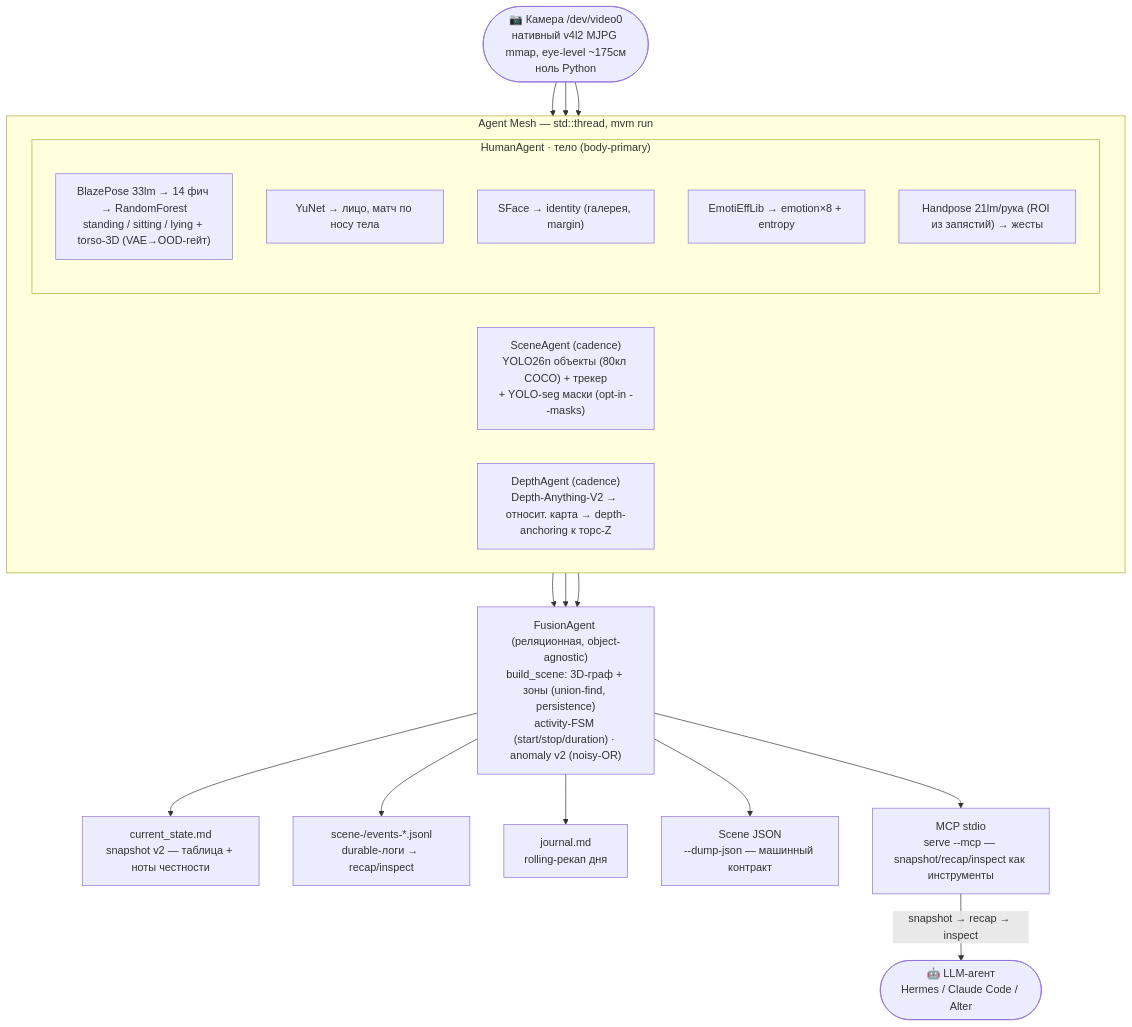
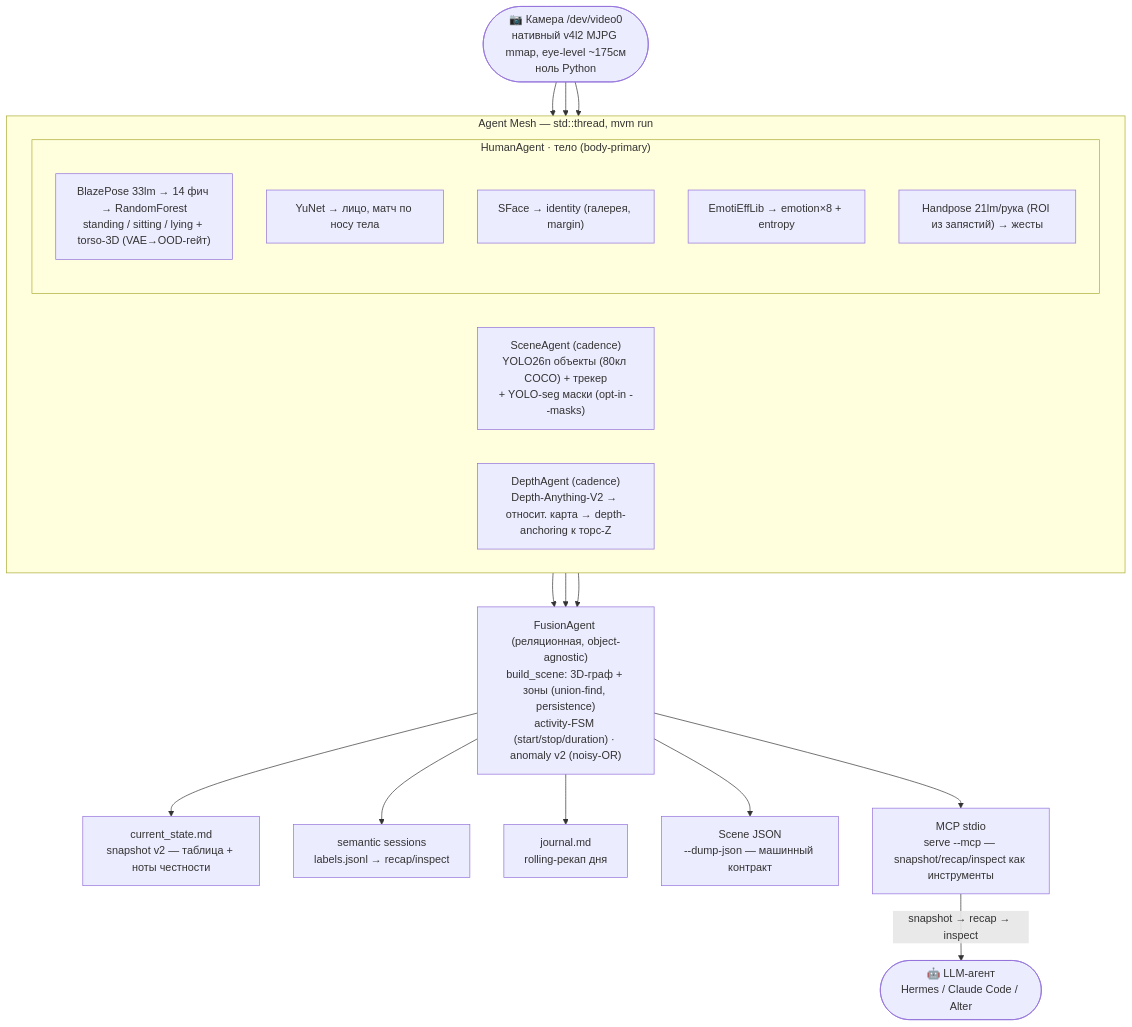
One commit to howadX/Machine-Vision-Module changed the diagram in mvm/README.md. Above: the diagram before and after it, drawn with Mermaid. The commit also changed other lines of this file and 9 other files, not shown here.

````diff
--- a/mvm/README.md
+++ b/mvm/README.md
@@ -148,36 +150,36 @@
 ```mermaid
 flowchart TD
     CAM(["📷 Камера /dev/video0<br/>нативный v4l2 MJPG mmap, eye-level ~175см<br/>ноль Python"])
 
     subgraph MESH["Agent Mesh — std::thread, mvm run"]
         direction LR
         subgraph HUMAN["HumanAgent · тело (body-primary)"]
             direction TB
             POSE["BlazePose 33lm → 14 фич → RandomForest<br/>standing / sitting / lying + torso-3D (VAE→OOD-гейт)"]
             FACE["YuNet → лицо, матч по носу тела"]
             ID["SFace → identity (галерея, margin)"]
             EMO["EmotiEffLib → emotion×8 + entropy"]
             HANDS["Handpose 21lm/рука (ROI из запястий) → жесты"]
         end
         SCENE["SceneAgent (cadence)<br/>YOLO26n объекты (80кл COCO) + трекер<br/>+ YOLO-seg маски (opt-in --masks)"]
         DEPTH["DepthAgent (cadence)<br/>Depth-Anything-V2 → относит. карта → depth-anchoring к торс-Z"]
     end
 
     FUSION["FusionAgent (реляционная, object-agnostic)<br/>build_scene: 3D-граф + зоны (union-find, persistence)<br/>activity-FSM (start/stop/duration) · anomaly v2 (noisy-OR)"]
 
     OUT1["current_state.md<br/>snapshot v2 — таблица + ноты честности"]
-    OUT2["scene-/events-*.jsonl<br/>durable-логи → recap/inspect"]
+    OUT2["semantic sessions<br/>labels.jsonl → recap/inspect"]
     OUT3["journal.md<br/>rolling-рекап дня"]
     OUT4["Scene JSON<br/>--dump-json — машинный контракт"]
     MCP["MCP stdio<br/>serve --mcp — snapshot/recap/inspect как инструменты"]
     LLM(["🤖 LLM-агент<br/>Hermes / Claude Code / Alter"])
 
     CAM --> HUMAN
     CAM --> SCENE
     CAM --> DEPTH
     HUMAN --> FUSION
     SCENE --> FUSION
     DEPTH --> FUSION
     FUSION --> OUT1 & OUT2 & OUT3 & OUT4 & MCP
     MCP -->|snapshot → recap → inspect| LLM
 ```
````
